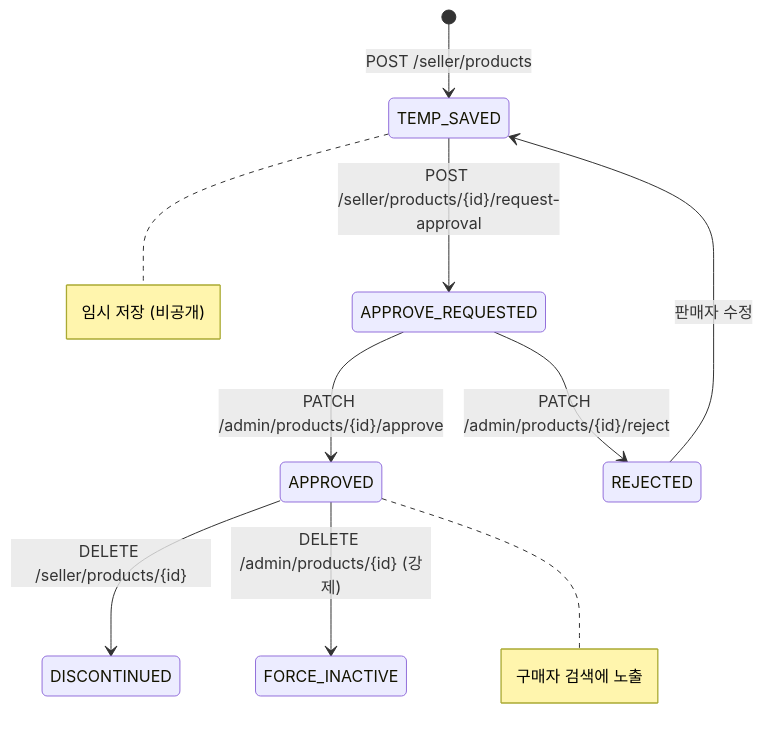
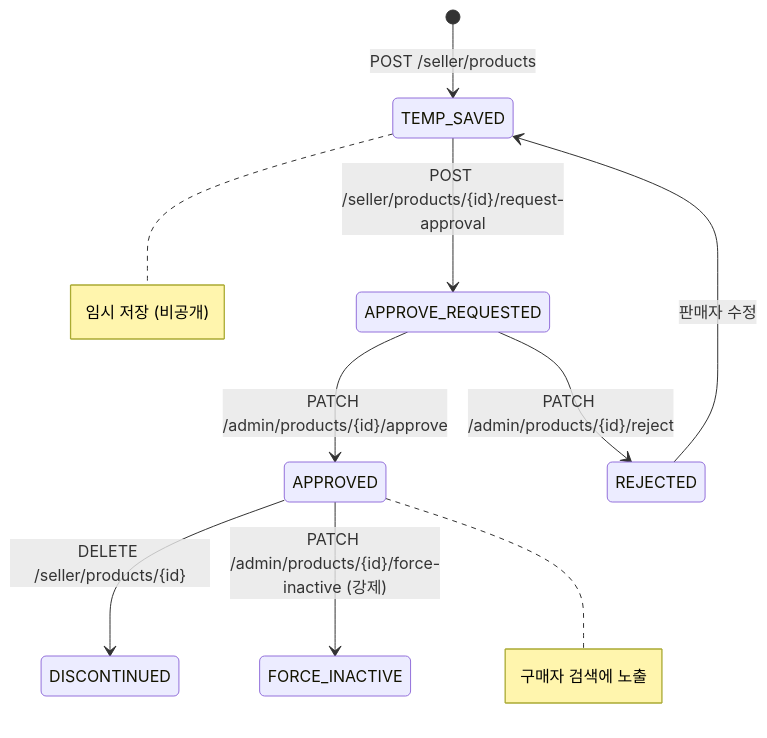
Diagram 11 of 21 in documents/business-flow/BusinessFlow.md (one-stop-project/one-stop-project-docs), drawn with Mermaid before and after one commit. The commit also changed other lines of this file and 6 other files, not shown here.

Commit message:
공통 문서(엔티티 관계도·에러코드·플로우·시퀀스) 코드 정합화 및 에러코드 레퍼런스 신설

````diff
--- a/documents/business-flow/BusinessFlow.md
+++ b/documents/business-flow/BusinessFlow.md
@@ -515,18 +515,18 @@
 ```Mermaid
 
 stateDiagram-v2
     [*] --> TEMP_SAVED : POST /seller/products
 
     TEMP_SAVED --> APPROVE_REQUESTED : POST /seller/products/{id}/request-approval
     APPROVE_REQUESTED --> APPROVED : PATCH /admin/products/{id}/approve
     APPROVE_REQUESTED --> REJECTED : PATCH /admin/products/{id}/reject
 
     REJECTED --> TEMP_SAVED : 판매자 수정
 
     APPROVED --> DISCONTINUED : DELETE /seller/products/{id}
-    APPROVED --> FORCE_INACTIVE : DELETE /admin/products/{id} (강제)
+    APPROVED --> FORCE_INACTIVE : PATCH /admin/products/{id}/force-inactive (강제)
 
     note right of APPROVED : 구매자 검색에 노출
     note right of TEMP_SAVED : 임시 저장 (비공개)
 
 ```
````
